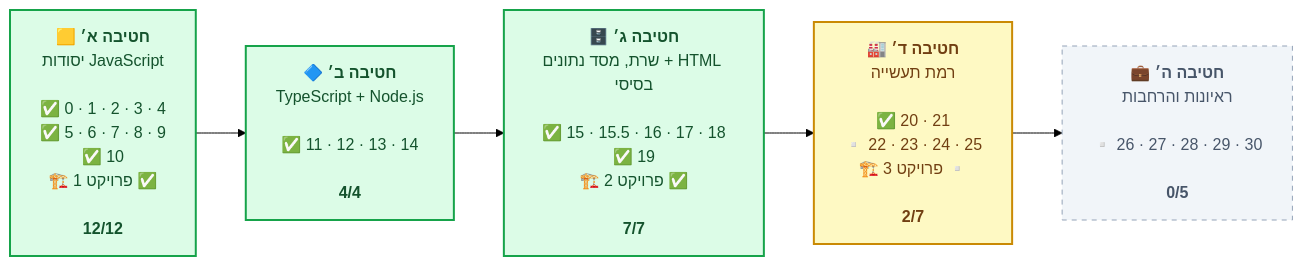
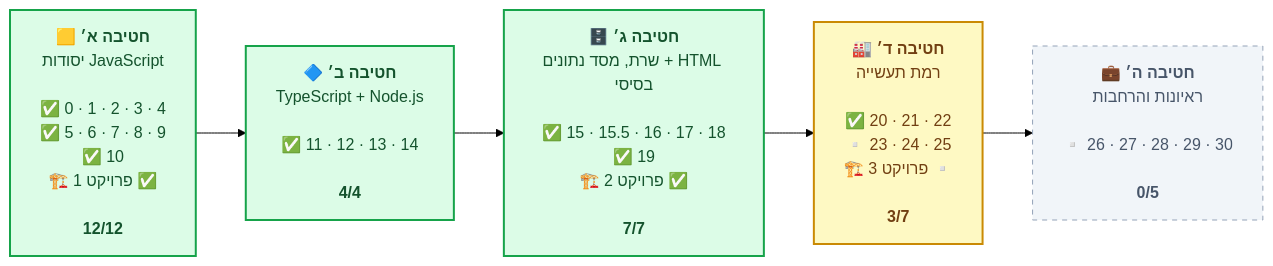
Before and after one commit to yeudaba/backend-course-he: the first of 4 diagrams in README.md, drawn with Mermaid (forest theme). The commit also changed other lines of this file and 2 other files, not shown here.

````diff
--- a/README.md
+++ b/README.md
@@ -78,15 +80,15 @@
 ```mermaid
 flowchart LR
   P0["🟨 <b>חטיבה א׳</b><br/>יסודות JavaScript<br/><br/>✅ 0 · 1 · 2 · 3 · 4<br/>✅ 5 · 6 · 7 · 8 · 9<br/>✅ 10<br/>🏗️ פרויקט 1 ✅<br/><br/><b>12/12</b>"]:::done
   P1["🔷 <b>חטיבה ב׳</b><br/>TypeScript + Node.js<br/><br/>✅ 11 · 12 · 13 · 14<br/><br/><b>4/4</b>"]:::done
   P2["🗄️ <b>חטיבה ג׳</b><br/>שרת, מסד נתונים + HTML בסיסי<br/><br/>✅ 15 · 15.5 · 16 · 17 · 18<br/>✅ 19<br/>🏗️ פרויקט 2 ✅<br/><br/><b>7/7</b>"]:::done
-  P3["🏭 <b>חטיבה ד׳</b><br/>רמת תעשייה<br/><br/>✅ 20 · 21<br/>▫️ 22 · 23 · 24 · 25<br/>🏗️ פרויקט 3 ▫️<br/><br/><b>2/7</b>"]:::progress
+  P3["🏭 <b>חטיבה ד׳</b><br/>רמת תעשייה<br/><br/>✅ 20 · 21 · 22<br/>▫️ 23 · 24 · 25<br/>🏗️ פרויקט 3 ▫️<br/><br/><b>3/7</b>"]:::progress
   P4["💼 <b>חטיבה ה׳</b><br/>ראיונות והרחבות<br/><br/>▫️ 26 · 27 · 28 · 29 · 30<br/><br/><b>0/5</b>"]:::planned
   P0 --> P1
   P1 --> P2
   P2 --> P3
   P3 --> P4
   classDef done fill:#dcfce7,stroke:#16a34a,color:#14532d,stroke-width:2px
   classDef progress fill:#fef9c3,stroke:#ca8a04,color:#713f12,stroke-width:2px
   classDef planned fill:#f1f5f9,stroke:#94a3b8,color:#475569,stroke-dasharray: 5 5
 ```
````
